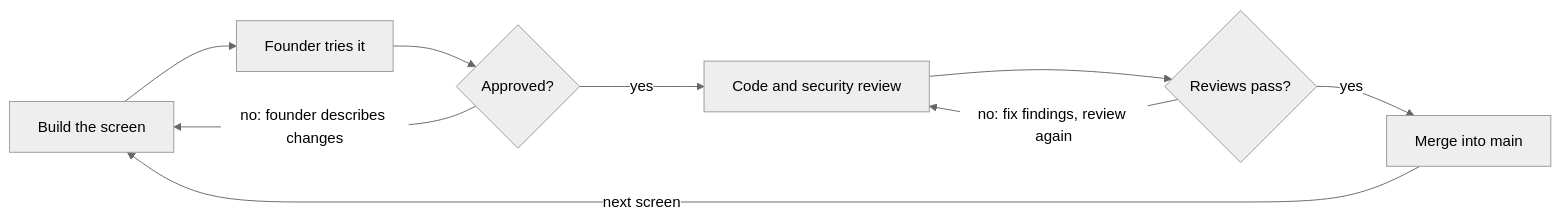
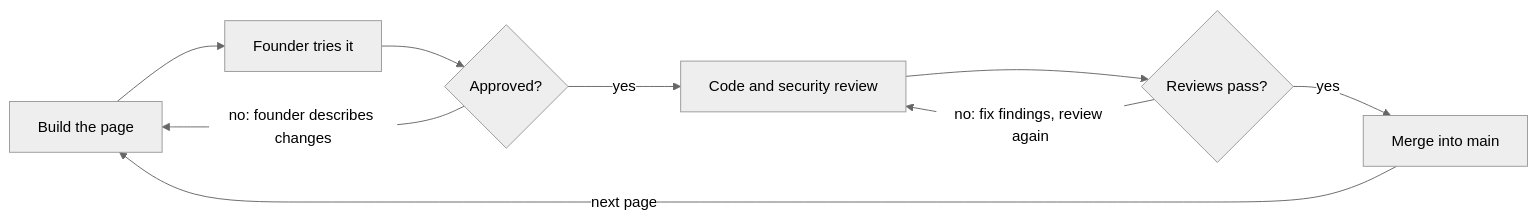
One commit to diabalsadi/app-pipeline changed the second of 2 diagrams in docs/blueprint.md. Above: the diagram before and after it, drawn with Mermaid (neutral theme). The commit also changed other lines of this file and 141 other files, not shown here.

````diff
--- a/docs/blueprint.md
+++ b/docs/blueprint.md
@@ -101,11 +123,11 @@
 ```mermaid
 flowchart LR
-    B[Build the screen] --> F[Founder tries it]
+    B[Build the page] --> F[Founder tries it]
     F --> A{Approved?}
     A -- "no: founder describes changes" --> B
     A -- yes --> R[Code and security review]
     R --> P{Reviews pass?}
     P -- "no: fix findings, review again" --> R
     P -- yes --> M[Merge into main]
-    M -- next screen --> B
+    M -- next page --> B
 ```
````
